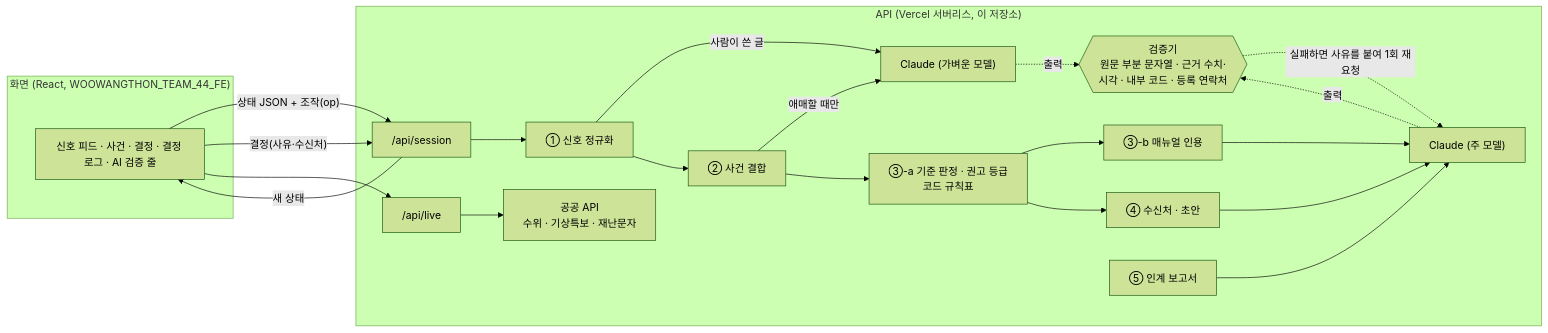
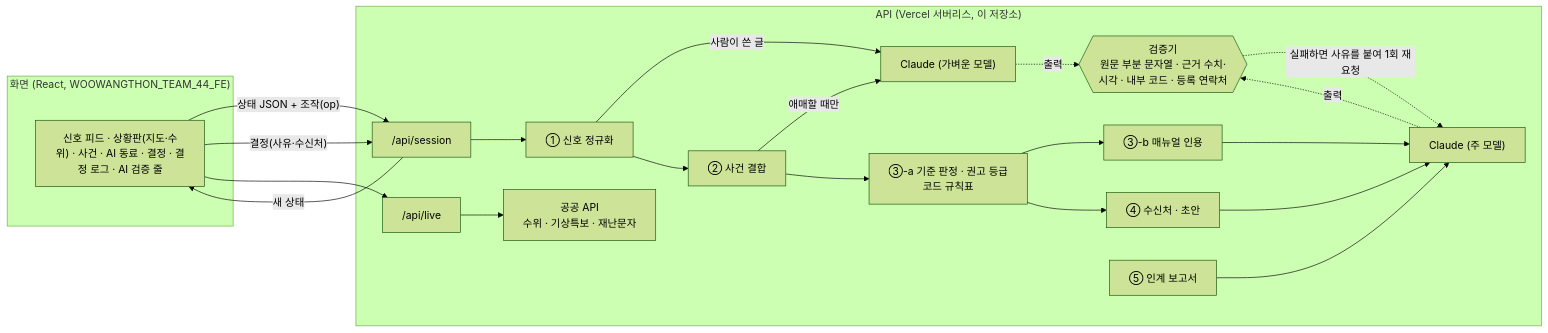
The diagram in README.md (woowangthon/WOOWANGTHON_TEAM_44_BE), drawn with Mermaid (forest theme) before and after one commit. The commit also changed other lines of this file and 15 other files, not shown here.

````diff
--- a/README.md
+++ b/README.md
@@ -41,27 +49,27 @@
 ```mermaid
 flowchart LR
   subgraph FE["화면 (React, WOOWANGTHON_TEAM_44_FE)"]
-    UI["신호 피드 · 사건 · 결정 · 결정 로그 · AI 검증 줄"]
+    UI["신호 피드 · 상황판(지도·수위) · 사건 · AI 동료 · 결정 · 결정 로그 · AI 검증 줄"]
   end
   subgraph BE["API (Vercel 서버리스, 이 저장소)"]
     S["/api/session"] --> N["① 신호 정규화"]
     N -->|사람이 쓴 글| L1["Claude (가벼운 모델)"]
     N --> A["② 사건 결합"]
     A -->|애매할 때만| L1
     A --> C["③-a 기준 판정 · 권고 등급<br/>코드 규칙표"]
     C --> Q["③-b 매뉴얼 인용"]
     Q --> L2["Claude (주 모델)"]
     C --> D["④ 수신처 · 초안"]
     D --> L2
     V{{"검증기<br/>원문 부분 문자열 · 근거 수치·시각 · 내부 코드 · 등록 연락처"}}
     L1 -.출력.-> V
     L2 -.출력.-> V
     V -.실패하면 사유를 붙여 1회 재요청.-> L2
     H["⑤ 인계 보고서"] --> L2
     LV["/api/live"] --> P["공공 API<br/>수위 · 기상특보 · 재난문자"]
   end
   UI -- "상태 JSON + 조작(op)" --> S
   S -- "새 상태" --> UI
   UI -- "결정(사유·수신처)" --> S
   UI --> LV
 ```
````
